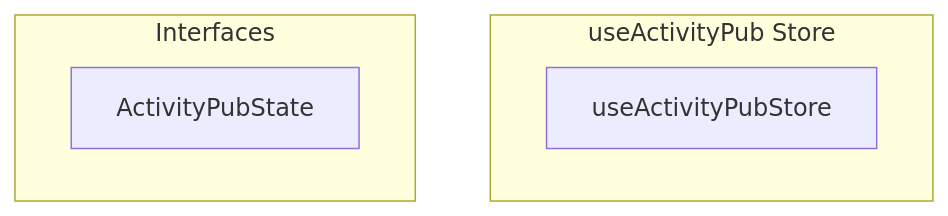
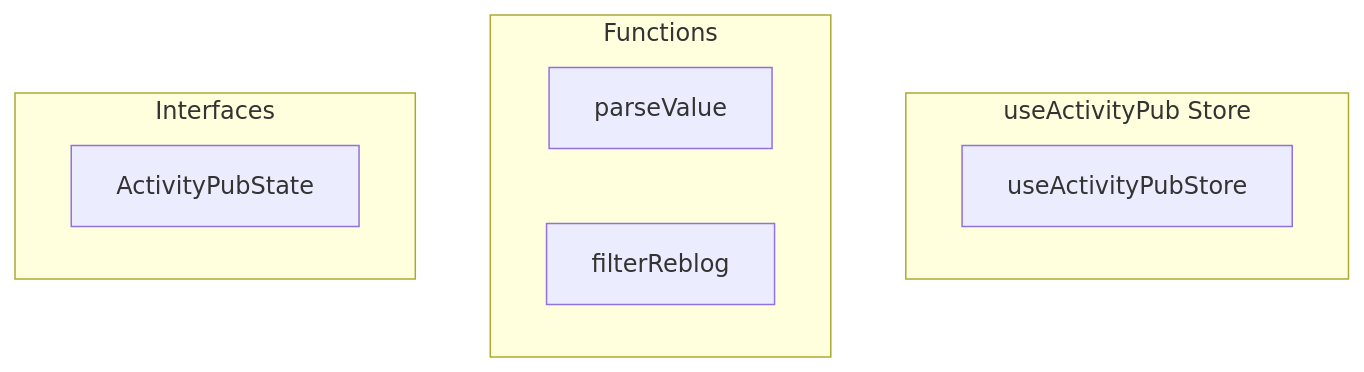
One commit to y4my4my4m/harmony changed the diagram in docs/api/stores/useactivitypub.md. Above: the diagram before and after it, drawn with Mermaid. The commit also changed other lines of this file and 350 other files, not shown here.

````diff
--- a/docs/api/stores/useactivitypub.md
+++ b/docs/api/stores/useactivitypub.md
@@ -7,12 +7,15 @@
 ```mermaid
 graph TB
     subgraph "useActivityPub Store"
         USEACTIVITYPUBSTORE[useActivityPubStore]
     end
     
-    
+    subgraph "Functions"
+        FN_PARSEVALUE[parseValue]
+        FN_FILTERREBLOG[filterReblog]
+    end
     
     subgraph "Interfaces"
-        ACTIVITYPUBSTATE[ActivityPubState]
+        INT_ACTIVITYPUBSTATE[ActivityPubState]
     end
 ```
````
